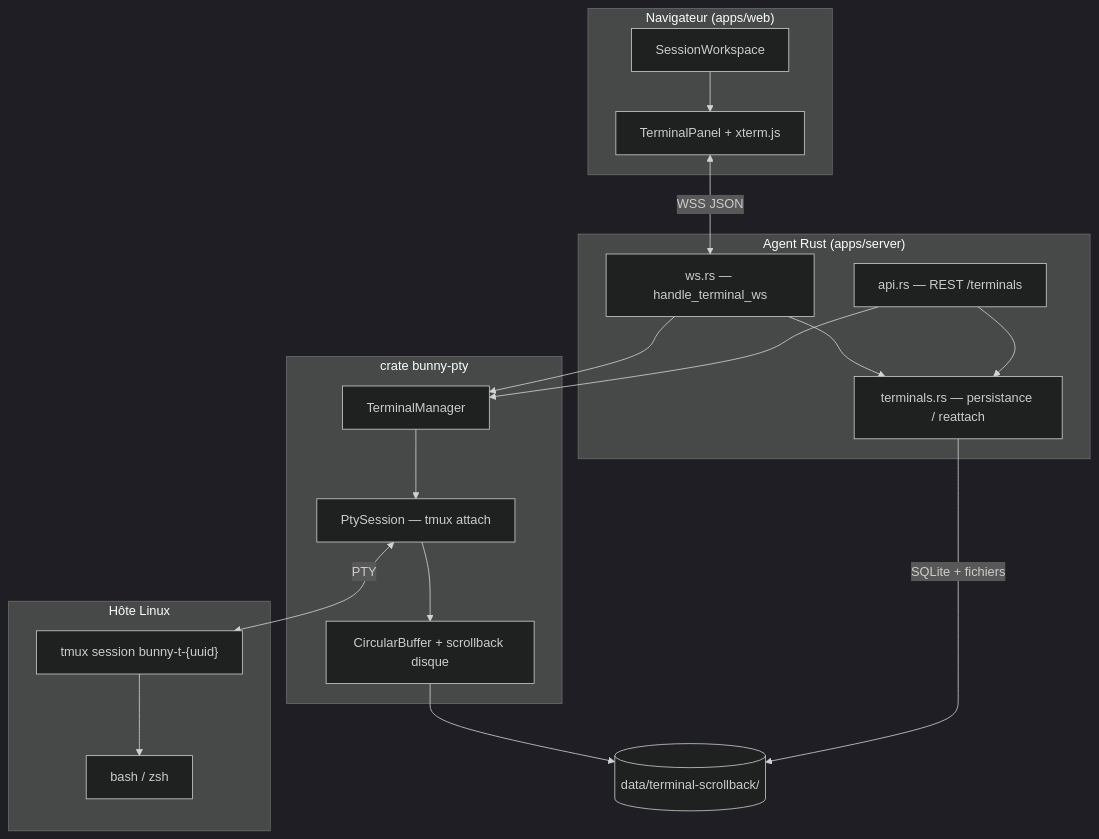
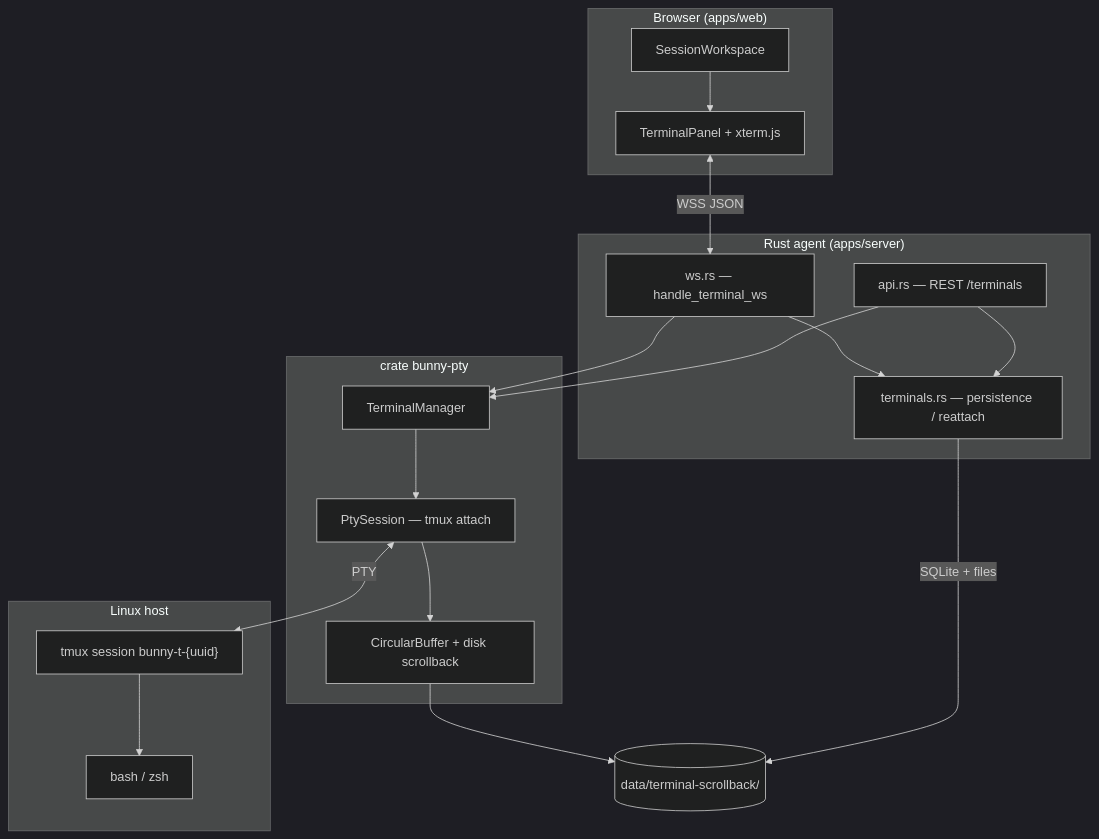
Before and after one commit to bunnyandcloud/bunny: the first of 4 diagrams in docs/architecture/terminals.md, drawn with Mermaid (dark theme). The commit also changed other lines of this file and 34 other files, not shown here.

````diff
--- a/docs/architecture/terminals.md
+++ b/docs/architecture/terminals.md
@@ -17,37 +17,37 @@
 ```mermaid
 flowchart TB
-  subgraph browser["Navigateur (apps/web)"]
+  subgraph browser["Browser (apps/web)"]
     SW["SessionWorkspace"]
     TP["TerminalPanel + xterm.js"]
     SW --> TP
   end
 
-  subgraph agent["Agent Rust (apps/server)"]
+  subgraph agent["Rust agent (apps/server)"]
     API["api.rs — REST /terminals"]
     WS["ws.rs — handle_terminal_ws"]
-    TR["terminals.rs — persistance / reattach"]
+    TR["terminals.rs — persistence / reattach"]
     API --> TR
     WS --> TR
   end
 
   subgraph pty["crate bunny-pty"]
     TM["TerminalManager"]
     PS["PtySession — tmux attach"]
-    BUF["CircularBuffer + scrollback disque"]
+    BUF["CircularBuffer + disk scrollback"]
     TM --> PS
     PS --> BUF
   end
 
-  subgraph host["Hôte Linux"]
+  subgraph host["Linux host"]
     TMX["tmux session bunny-t-{uuid}"]
     SH["bash / zsh"]
     TMX --> SH
   end
 
   TP <-->|"WSS JSON"| WS
   API --> TM
   WS --> TM
   PS <-->|"PTY"| TMX
-  TR -->|"SQLite + fichiers"| DISK[("data/terminal-scrollback/")]
+  TR -->|"SQLite + files"| DISK[("data/terminal-scrollback/")]
   BUF --> DISK
 ```
````
